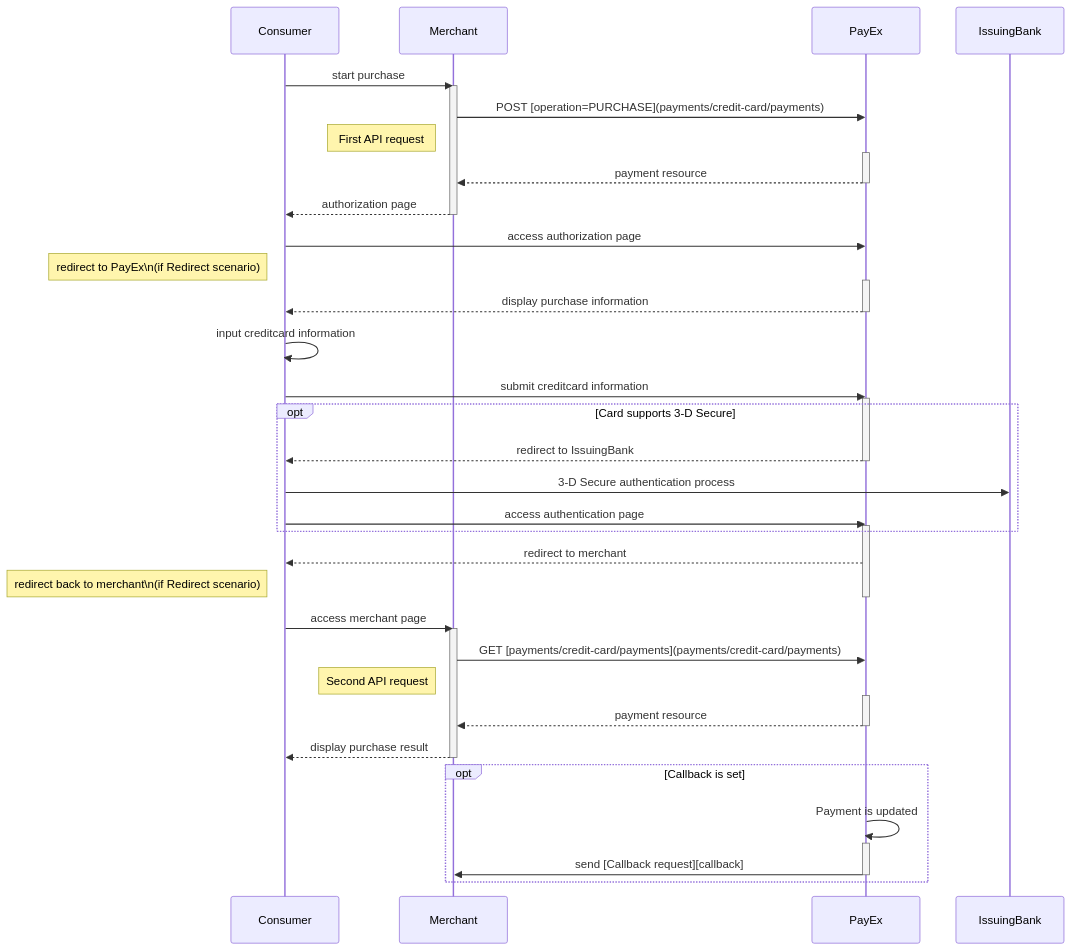
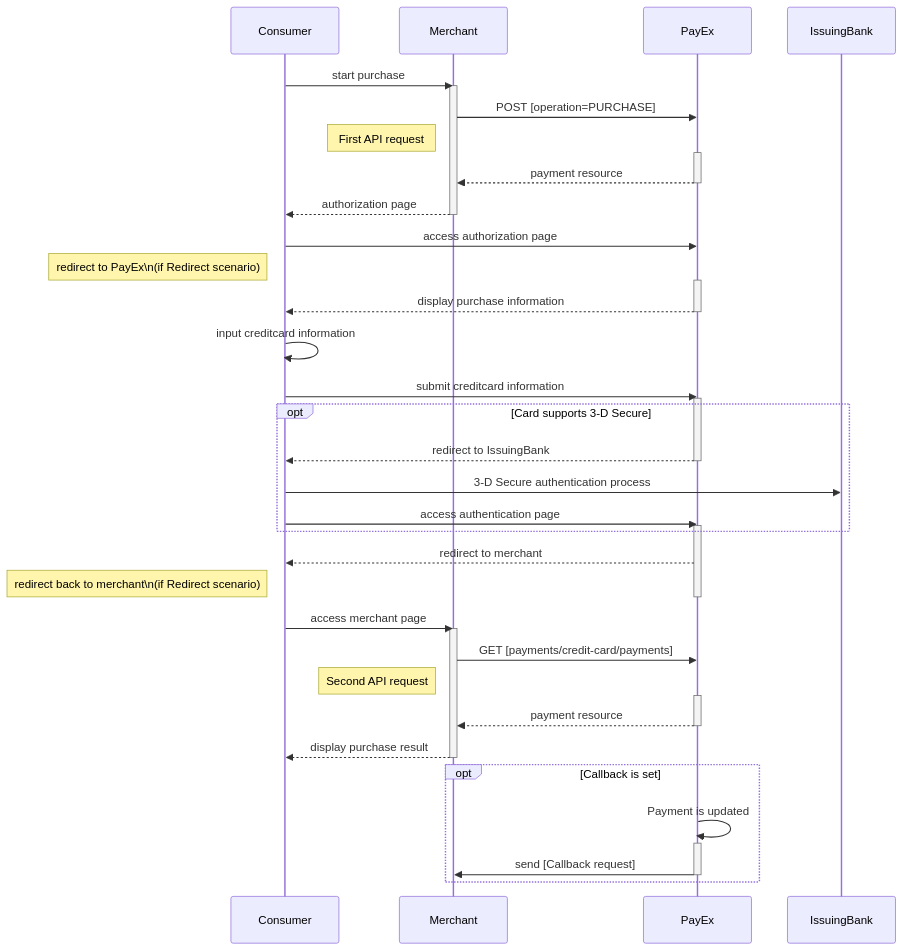
The fourth of 4 diagrams in payments/credit-card/redirect.md (SwedbankPay/developer.swedbankpay.com), drawn with Mermaid before and after one commit. The commit also changed other lines of this file and 3 other files, not shown here.

````diff
--- a/payments/credit-card/redirect.md
+++ b/payments/credit-card/redirect.md
@@ -300,51 +300,51 @@
 ```mermaid
 sequenceDiagram
   Consumer->>Merchant: start purchase
   Activate Merchant
-  Merchant->>PayEx: POST [operation=PURCHASE](payments/credit-card/payments)
+  Merchant->>PayEx: POST [operation=PURCHASE]
   note left of Merchant: First API request
   Activate PayEx
   PayEx-->>Merchant: payment resource
   Deactivate PayEx
   Merchant-->>Consumer: authorization page
   Deactivate Merchant
   
   Consumer->>PayEx: access authorization page
   note left of Consumer: redirect to PayEx\n(if Redirect scenario)
   Activate PayEx
   PayEx-->>Consumer: display purchase information
   Deactivate PayEx
   
   Consumer->>Consumer: input creditcard information
   Consumer->>PayEx: submit creditcard information
   Activate PayEx
 
   opt Card supports 3-D Secure
   PayEx-->>Consumer: redirect to IssuingBank
   Deactivate PayEx
   Consumer->>IssuingBank: 3-D Secure authentication process
   Consumer->>PayEx: access authentication page
   Activate PayEx
   end
   
   PayEx-->>Consumer: redirect to merchant
   note left of Consumer: redirect back to merchant\n(if Redirect scenario)
   Deactivate PayEx
   
   Consumer->>Merchant: access merchant page
   Activate Merchant
-  Merchant->>PayEx: GET [payments/credit-card/payments](payments/credit-card/payments)
+  Merchant->>PayEx: GET [payments/credit-card/payments]
   note left of Merchant: Second API request
   Activate PayEx
   PayEx-->>Merchant: payment resource
   Deactivate PayEx
   Merchant-->>Consumer: display purchase result
   Deactivate Merchant
   
   opt Callback is set
   PayEx->>PayEx: Payment is updated
   Activate PayEx
-  PayEx->>Merchant: send [Callback request][callback]
+  PayEx->>Merchant: send [Callback request]
   deactivate PayEx
   end
 ```
````
